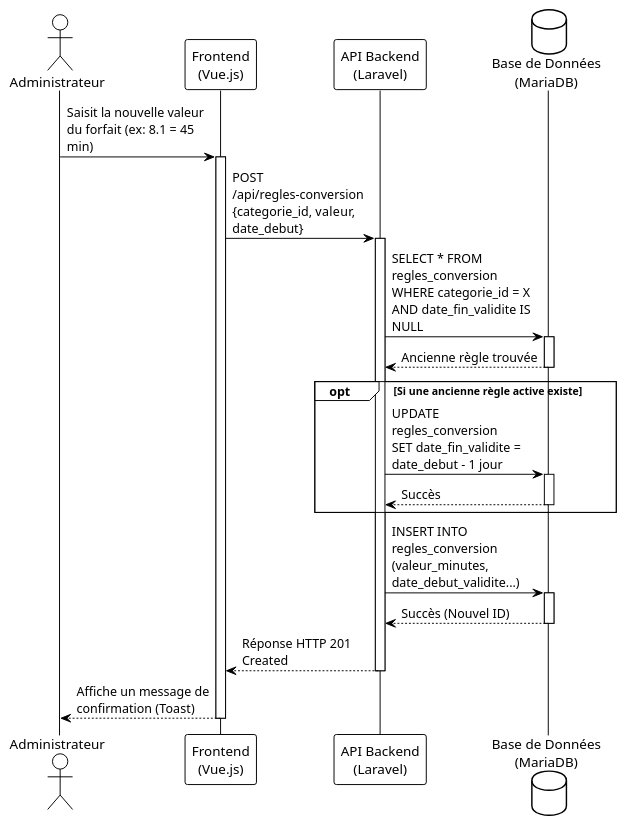
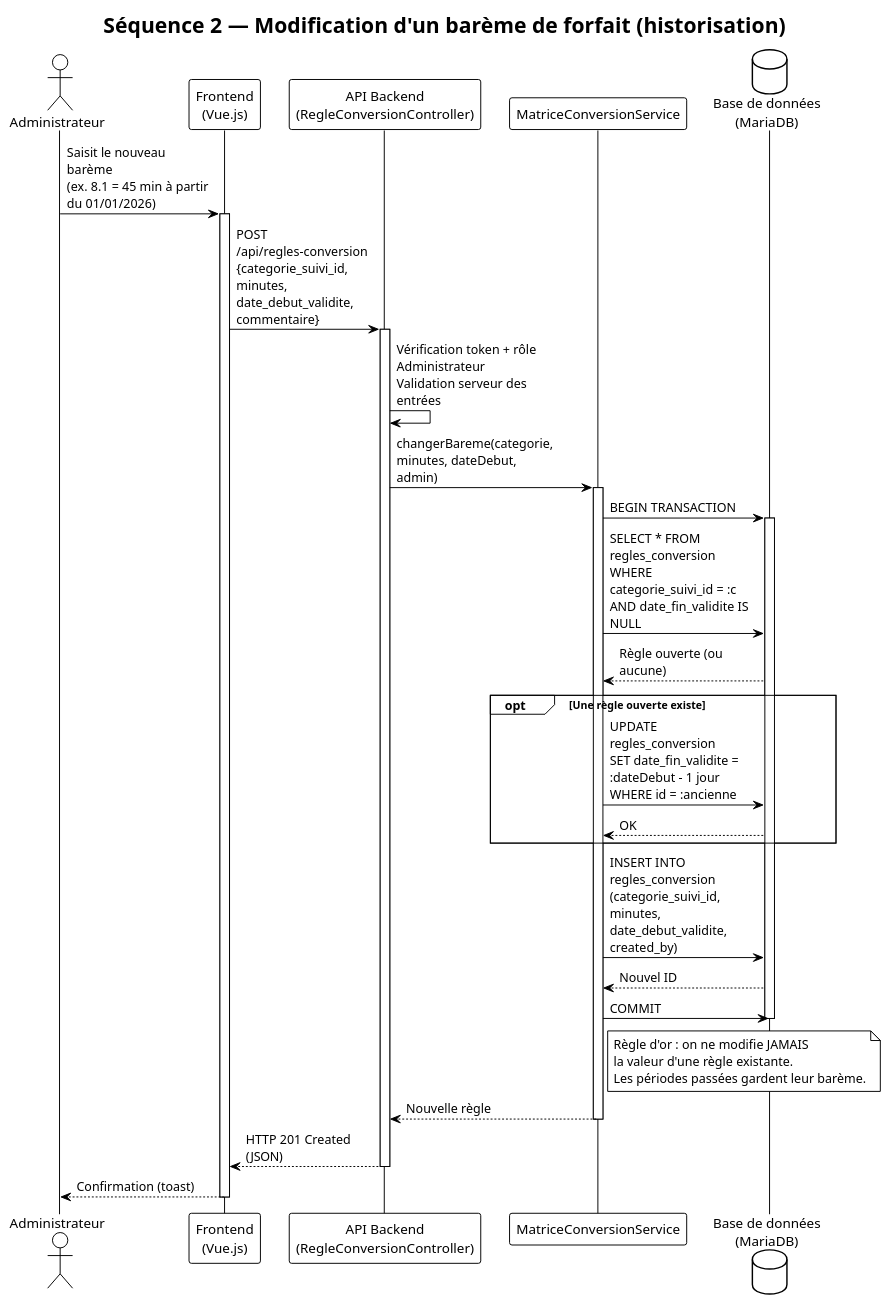
Before and after one commit to midjix/plantuml: the diagram in diagrammes de séquence/diagrammes_de_séquence_2.md, drawn with PlantUML. The commit also changed 12 other files, not shown here.

First line of the commit message:
docs(uml): align diagrams with validated business rules and source access

````diff
--- a/diagrammes de séquence/diagrammes_de_séquence_2.md
+++ b/diagrammes de séquence/diagrammes_de_séquence_2.md
@@ -1,40 +1,57 @@
 ```plantuml
 @startuml
 !theme plain
 skinparam maxMessageSize 150
 
+title Séquence 2 — Modification d'un barème de forfait (historisation)
+
 actor "Administrateur" as admin
 participant "Frontend\n(Vue.js)" as vue
-participant "API Backend\n(Laravel)" as api
-database "Base de Données\n(MariaDB)" as db
+participant "API Backend\n(RegleConversionController)" as api
+participant "MatriceConversionService" as service
+database "Base de données\n(MariaDB)" as db
 
-admin -> vue : Saisit la nouvelle valeur du forfait (ex: 8.1 = 45 min)
+admin -> vue : Saisit le nouveau barème\n(ex. 8.1 = 45 min à partir du 01/01/2026)
 activate vue
 
-vue -> api : POST /api/regles-conversion\n{categorie_id, valeur, date_debut}
+vue -> api : POST /api/regles-conversion\n{categorie_suivi_id, minutes, date_debut_validite, commentaire}
 activate api
 
-api -> db : SELECT * FROM regles_conversion\nWHERE categorie_id = X AND date_fin_validite IS NULL
+api -> api : Vérification token + rôle Administrateur\nValidation serveur des entrées
+
+api -> service : changerBareme(categorie, minutes, dateDebut, admin)
+activate service
+
+service -> db : BEGIN TRANSACTION
 activate db
-db --> api : Ancienne règle trouvée
+
+service -> db : SELECT * FROM regles_conversion\nWHERE categorie_suivi_id = :c AND date_fin_validite IS NULL
+db --> service : Règle ouverte (ou aucune)
+
+opt Une règle ouverte existe
+    service -> db : UPDATE regles_conversion\nSET date_fin_validite = :dateDebut - 1 jour\nWHERE id = :ancienne
+    db --> service : OK
+end
+
+service -> db : INSERT INTO regles_conversion\n(categorie_suivi_id, minutes, date_debut_validite, created_by)
+db --> service : Nouvel ID
+
+service -> db : COMMIT
 deactivate db
 
-opt Si une ancienne règle active existe
-    api -> db : UPDATE regles_conversion\nSET date_fin_validite = date_debut - 1 jour
-    activate db
-    db --> api : Succès
-    deactivate db
-end
+note right of service
+  Règle d'or : on ne modifie JAMAIS
+  la valeur d'une règle existante.
+  Les périodes passées gardent leur barème.
+end note
 
-api -> db : INSERT INTO regles_conversion\n(valeur_minutes, date_debut_validite...)
-activate db
-db --> api : Succès (Nouvel ID)
-deactivate db
+service --> api : Nouvelle règle
+deactivate service
 
-api --> vue : Réponse HTTP 201 Created
+api --> vue : HTTP 201 Created (JSON)
 deactivate api
 
-vue --> admin : Affiche un message de confirmation (Toast)
+vue --> admin : Confirmation (toast)
 deactivate vue
 @enduml
 ```
````
